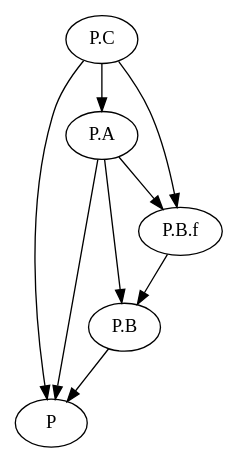
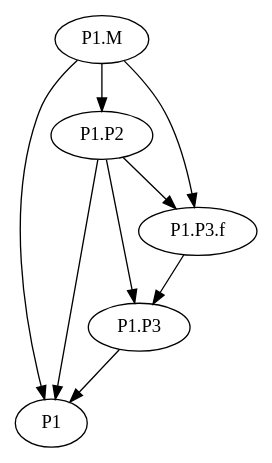
Before and after one commit to ErikHedblom/Master-Thesis: the diagram in Dot/DotAccess.dot, drawn with Graphviz. The commit also changed 10 other files, not shown here.

```diff
--- a/Dot/DotAccess.dot
+++ b/Dot/DotAccess.dot
@@ -1,11 +1,11 @@
 digraph DependencyGraph {
-	"P"
-	"P.A" -> "P"
-	"P.A" -> "P.B"
-	"P.A" -> "P.B.f"
-	"P.B" -> "P"
-	"P.B.f" -> "P.B"
-	"P.C" -> "P"
-	"P.C" -> "P.A"
-	"P.C" -> "P.B.f"
+	"P1"
+	"P1.P2" -> "P1"
+	"P1.P2" -> "P1.P3"
+	"P1.P2" -> "P1.P3.f"
+	"P1.P3" -> "P1"
+	"P1.P3.f" -> "P1.P3"
+	"P1.M" -> "P1"
+	"P1.M" -> "P1.P2"
+	"P1.M" -> "P1.P3.f"
 }
```
